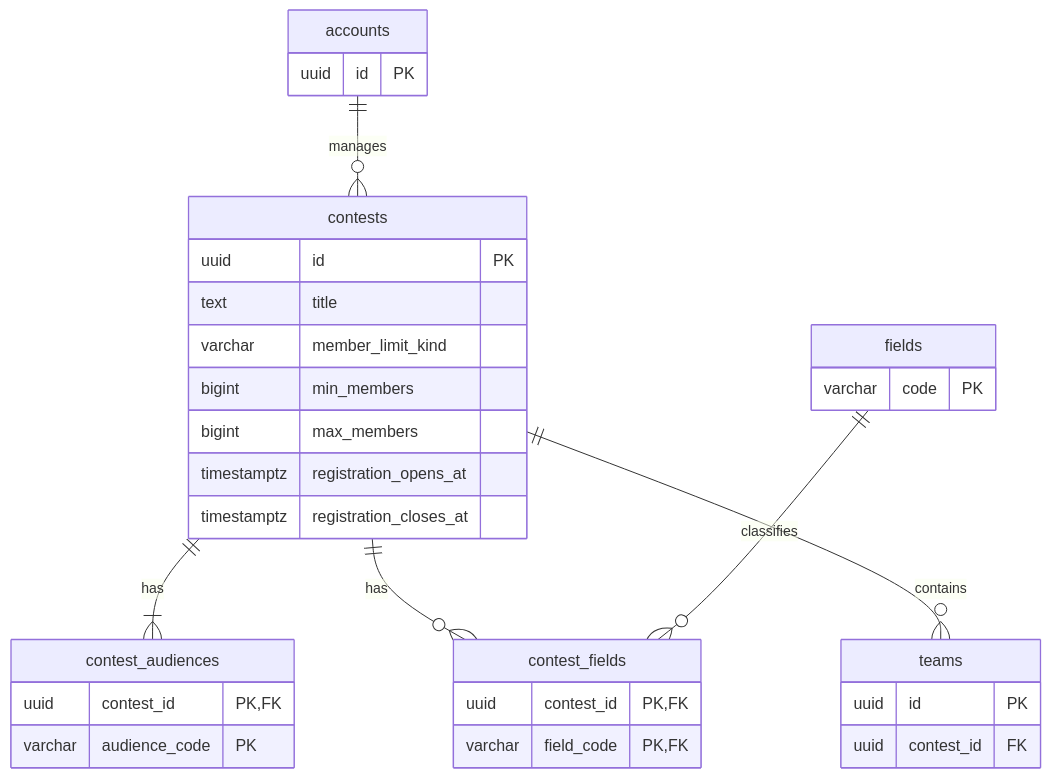
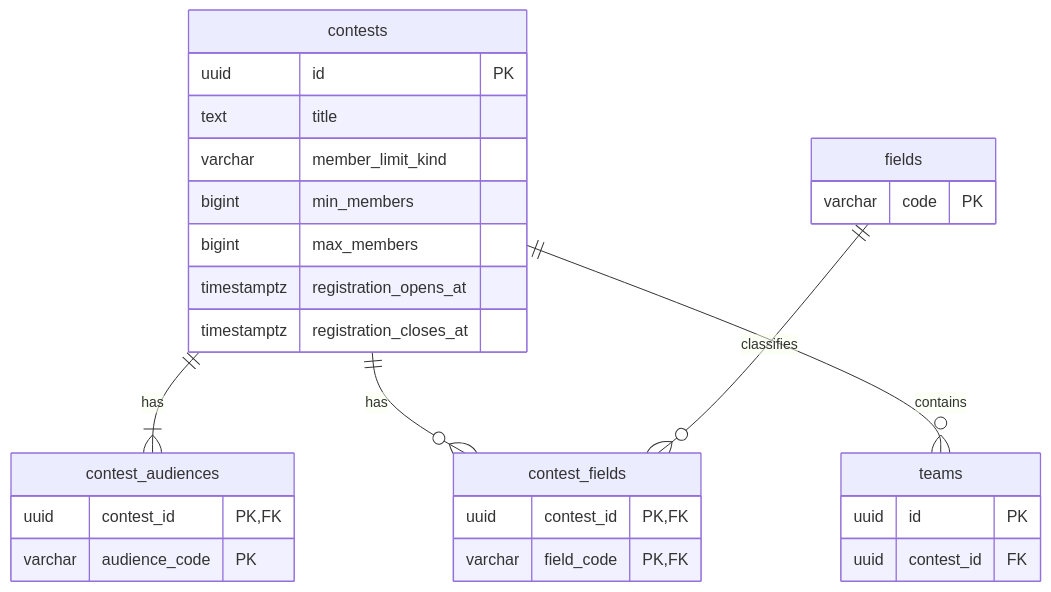
Before and after one commit to wejo-team/sku-dreamon: the diagram in docs/database/contests.md, drawn with Mermaid. The commit also changed other lines of this file and 7 other files, not shown here.

````diff
--- a/docs/database/contests.md
+++ b/docs/database/contests.md
@@ -14,35 +14,31 @@
 ```mermaid
 erDiagram
-  accounts ||--o{ contests : manages
   contests ||--|{ contest_audiences : has
   contests ||--o{ contest_fields : has
   fields ||--o{ contest_fields : classifies
   contests ||--o{ teams : contains
   contests {
     uuid id PK
     text title
     varchar member_limit_kind
     bigint min_members
     bigint max_members
     timestamptz registration_opens_at
     timestamptz registration_closes_at
   }
   contest_audiences {
     uuid contest_id PK,FK
     varchar audience_code PK
   }
   contest_fields {
     uuid contest_id PK,FK
     varchar field_code PK,FK
   }
-  accounts {
-    uuid id PK
-  }
   fields {
     varchar code PK
   }
   teams {
     uuid id PK
     uuid contest_id FK
   }
 ```
````
